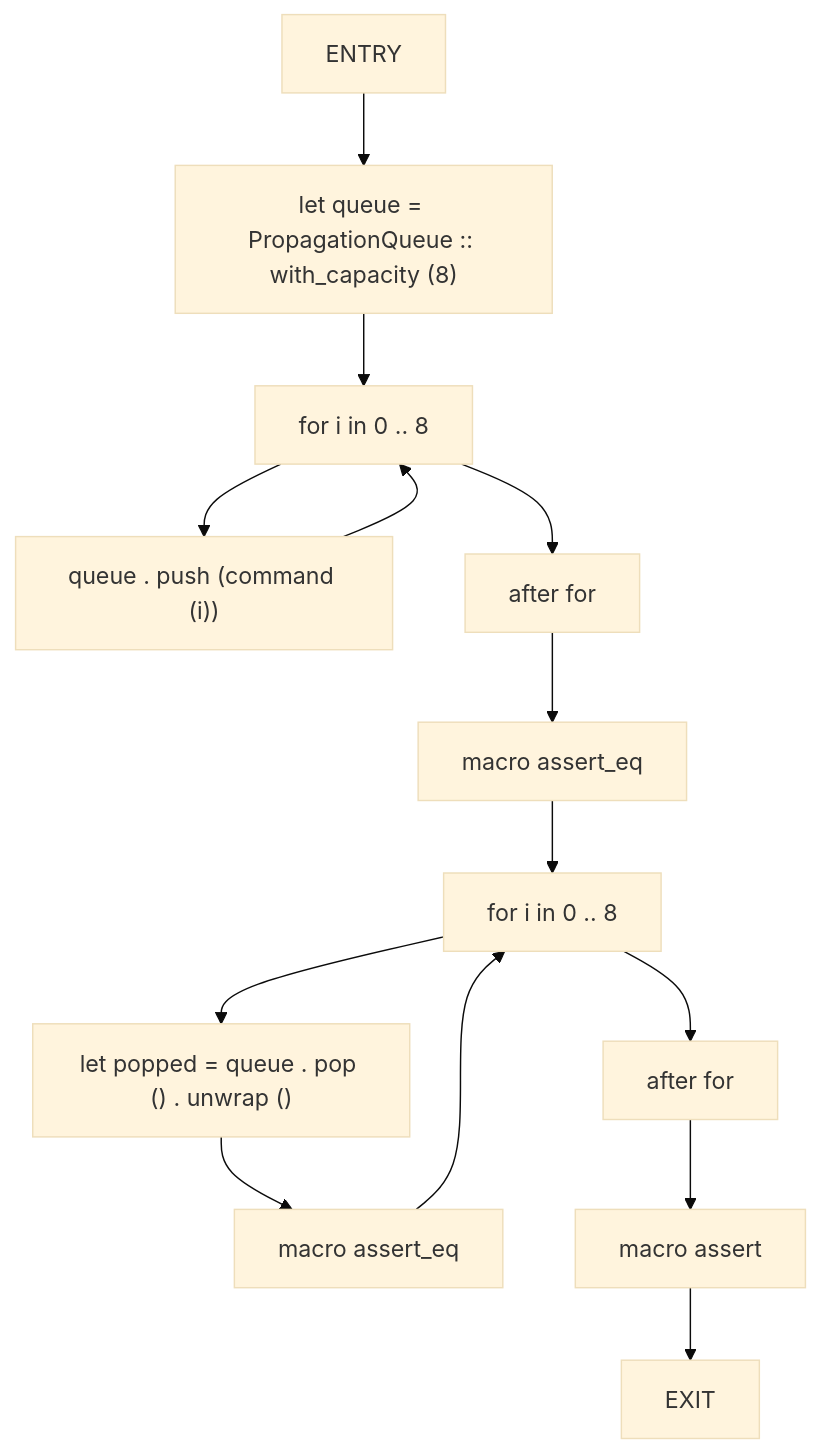
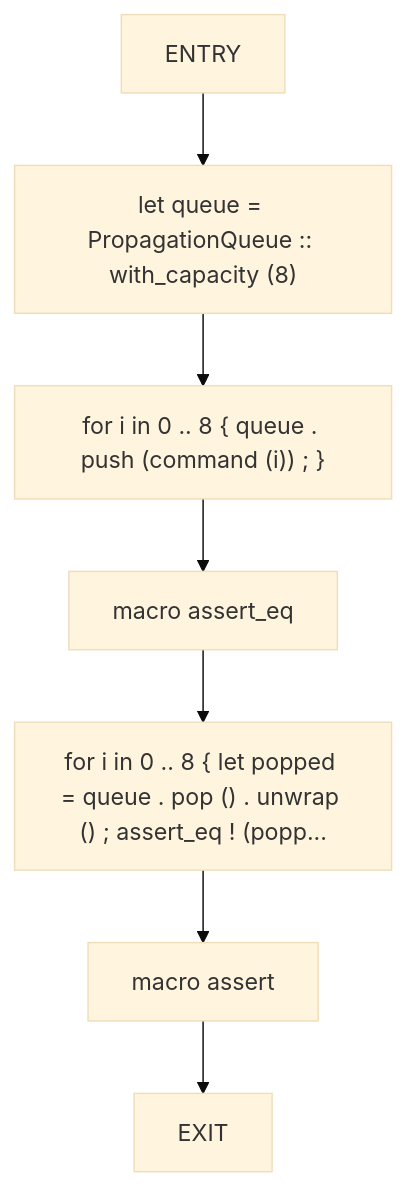
One commit to cicero-violate/MMSB changed diagram 14 of 20 in docs/analysis/cfg/040-src-04_propagation.md. Above: the diagram before and after it, drawn with Mermaid (base theme). The commit also changed other lines of this file and 865 other files, not shown here.

````diff
--- a/docs/analysis/cfg/040-src-04_propagation.md
+++ b/docs/analysis/cfg/040-src-04_propagation.md
@@ -399,28 +322,16 @@
 ```mermaid
 flowchart TD
     queue_roundtrip_0["ENTRY"]
     queue_roundtrip_1["let queue = PropagationQueue :: with_capacity (8)"]
-    queue_roundtrip_2["for i in 0 .. 8"]
-    queue_roundtrip_3["queue . push (command (i))"]
-    queue_roundtrip_4["after for"]
-    queue_roundtrip_5["macro assert_eq"]
-    queue_roundtrip_6["for i in 0 .. 8"]
-    queue_roundtrip_7["let popped = queue . pop () . unwrap ()"]
-    queue_roundtrip_8["macro assert_eq"]
-    queue_roundtrip_9["after for"]
-    queue_roundtrip_10["macro assert"]
-    queue_roundtrip_11["EXIT"]
+    queue_roundtrip_2["for i in 0 .. 8 { queue . push (command (i)) ; }"]
+    queue_roundtrip_3["macro assert_eq"]
+    queue_roundtrip_4["for i in 0 .. 8 { let popped = queue . pop () . unwrap () ; assert_eq ! (popp..."]
+    queue_roundtrip_5["macro assert"]
+    queue_roundtrip_6["EXIT"]
     queue_roundtrip_0 --> queue_roundtrip_1
     queue_roundtrip_1 --> queue_roundtrip_2
     queue_roundtrip_2 --> queue_roundtrip_3
-    queue_roundtrip_3 --> queue_roundtrip_2
-    queue_roundtrip_2 --> queue_roundtrip_4
+    queue_roundtrip_3 --> queue_roundtrip_4
     queue_roundtrip_4 --> queue_roundtrip_5
     queue_roundtrip_5 --> queue_roundtrip_6
-    queue_roundtrip_6 --> queue_roundtrip_7
-    queue_roundtrip_7 --> queue_roundtrip_8
-    queue_roundtrip_8 --> queue_roundtrip_6
-    queue_roundtrip_6 --> queue_roundtrip_9
-    queue_roundtrip_9 --> queue_roundtrip_10
-    queue_roundtrip_10 --> queue_roundtrip_11
 ```
````
